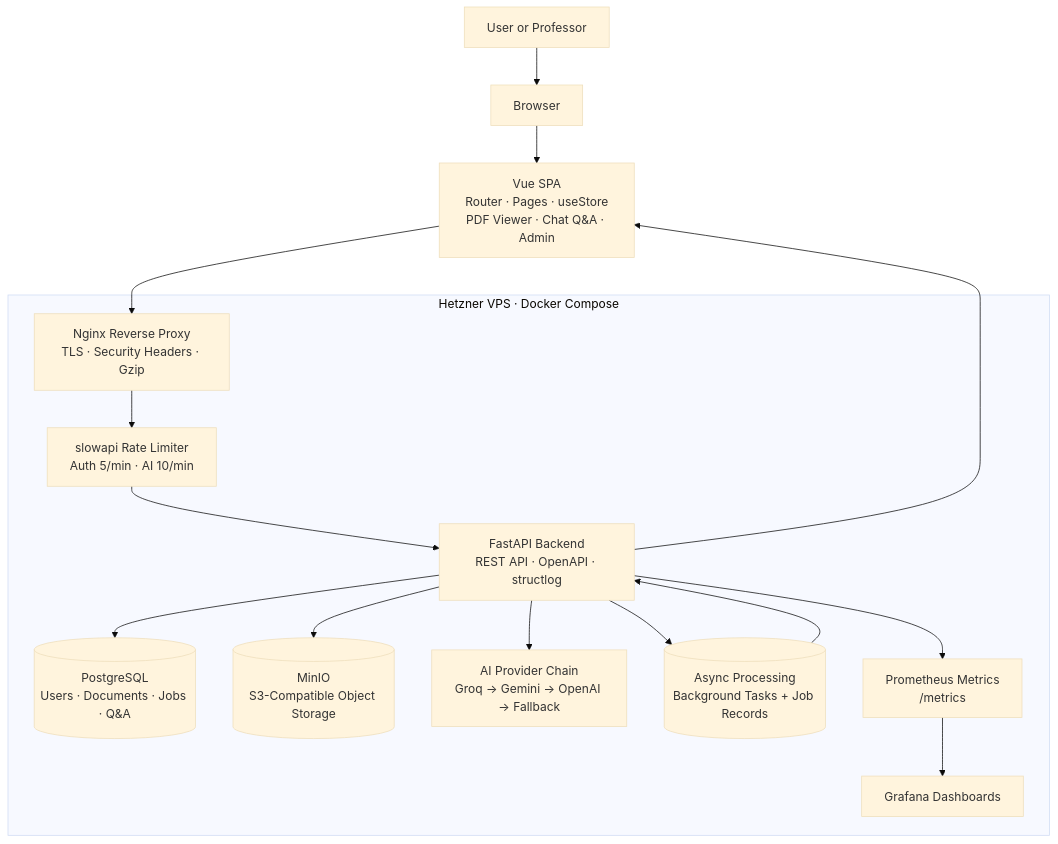
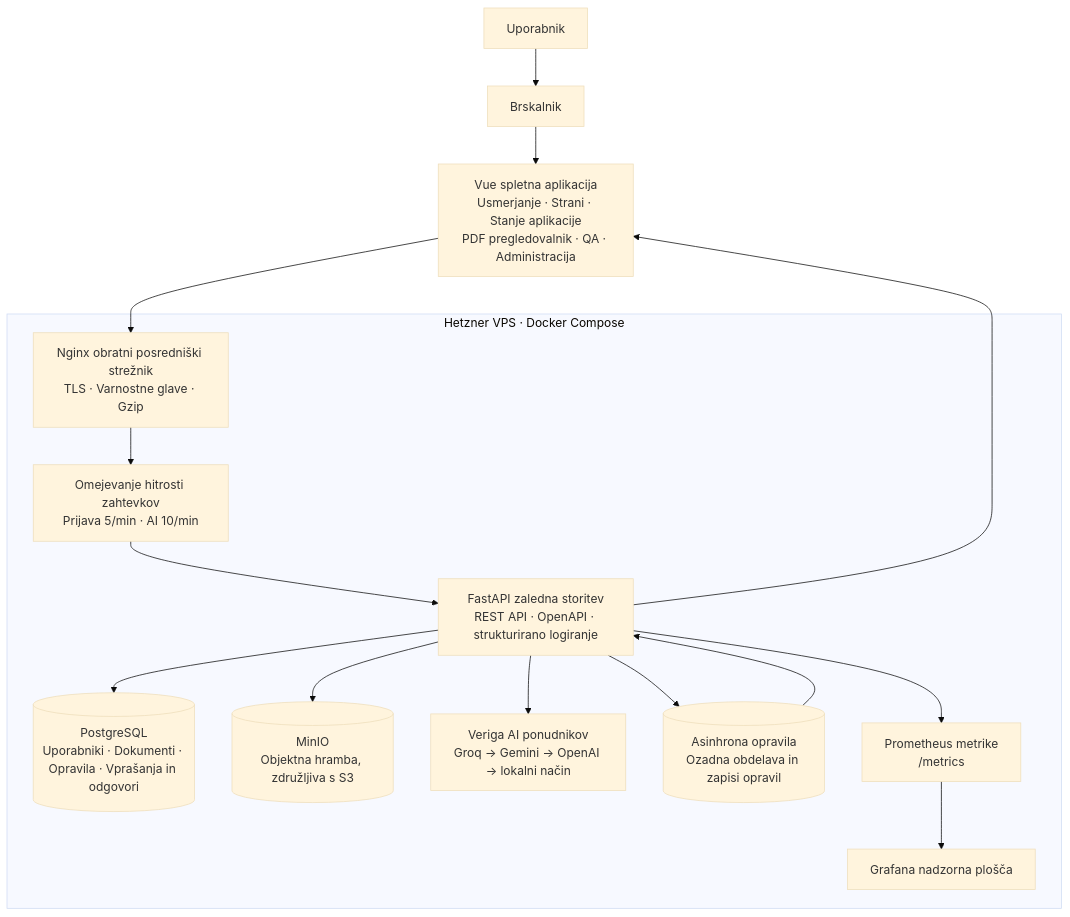
Before and after one commit to mvelkov9/ai-document-assistant: the diagram in docs/diagrams/architecture.mmd, drawn with Mermaid (base theme). The commit also changed 3 other files, not shown here.

Commit message:
Add diagrams

```diff
--- a/docs/diagrams/architecture.mmd
+++ b/docs/diagrams/architecture.mmd
@@ -1,28 +1,28 @@
 flowchart TB
-    User[User or Professor]
-    Browser[Browser]
-    Frontend[Vue SPA<br/>Router · Pages · useStore<br/>PDF Viewer · Chat Q&A · Admin]
-    Proxy[Nginx Reverse Proxy<br/>TLS · Security Headers · Gzip]
-    RateLimit[slowapi Rate Limiter<br/>Auth 5/min · AI 10/min]
-    Backend[FastAPI Backend<br/>REST API · OpenAPI · structlog]
-    DB[(PostgreSQL<br/>Users · Documents · Jobs · Q&A)]
-    Storage[(MinIO<br/>S3-Compatible Object Storage)]
-    AI[AI Provider Chain<br/>Groq → Gemini → OpenAI → Fallback]
-    Jobs[(Async Processing<br/>Background Tasks + Job Records)]
-    Metrics[Prometheus Metrics<br/>/metrics]
-    Observe[Grafana Dashboards]
+    User[Uporabnik]
+    Browser[Brskalnik]
+    Frontend[Vue spletna aplikacija<br/>Usmerjanje · Strani · Stanje aplikacije<br/>PDF pregledovalnik · QA · Administracija]
+    Proxy[Nginx obratni posredniški strežnik<br/>TLS · Varnostne glave · Gzip]
+    RateLimit[Omejevanje hitrosti zahtevkov<br/>Prijava 5/min · AI 10/min]
+    Backend[FastAPI zaledna storitev<br/>REST API · OpenAPI · strukturirano logiranje]
+    DB[(PostgreSQL<br/>Uporabniki · Dokumenti · Opravila · Vprašanja in odgovori)]
+    Storage[(MinIO<br/>Objektna hramba, združljiva s S3)]
+    AI[Veriga AI ponudnikov<br/>Groq → Gemini → OpenAI → lokalni način]
+    Jobs[(Asinhrona opravila<br/>Ozadna obdelava in zapisi opravil)]
+    Metrics[Prometheus metrike<br/>/metrics]
+    Observe[Grafana nadzorna plošča]
 
     subgraph VPS[Hetzner VPS · Docker Compose]
         Proxy --> RateLimit
         RateLimit --> Backend
         Backend --> DB
         Backend --> Storage
         Backend --> AI
         Backend --> Jobs
         Backend --> Metrics
         Metrics --> Observe
     end
 
     User --> Browser --> Frontend --> Proxy
     Backend --> Frontend
     Jobs --> Backend
```
